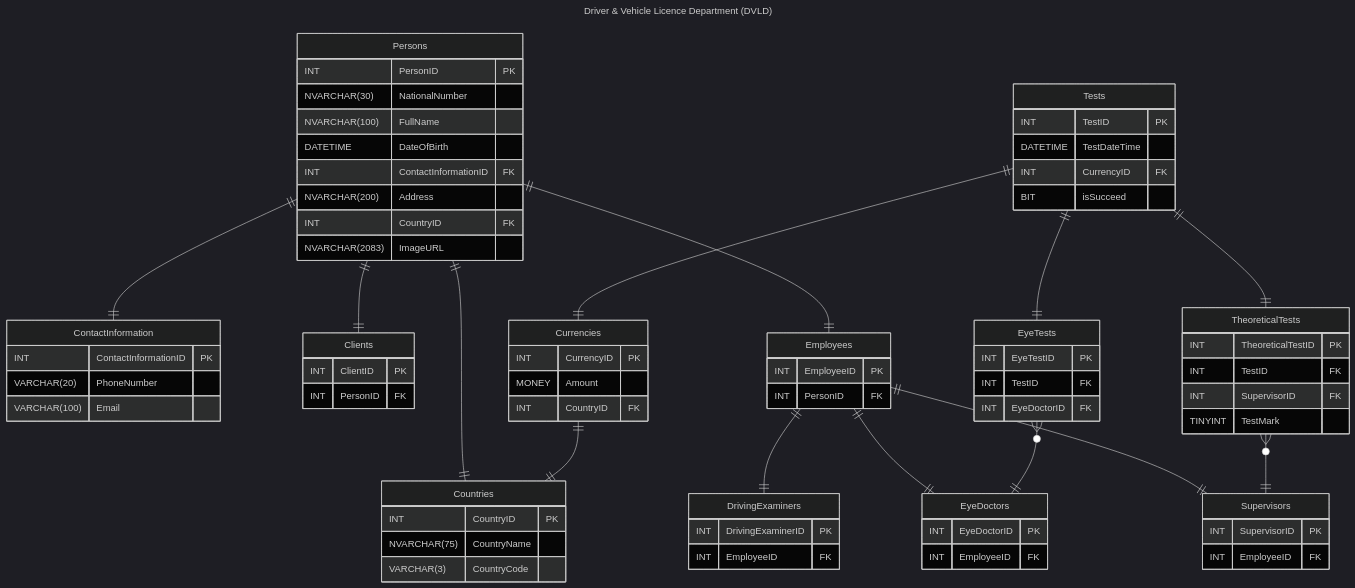
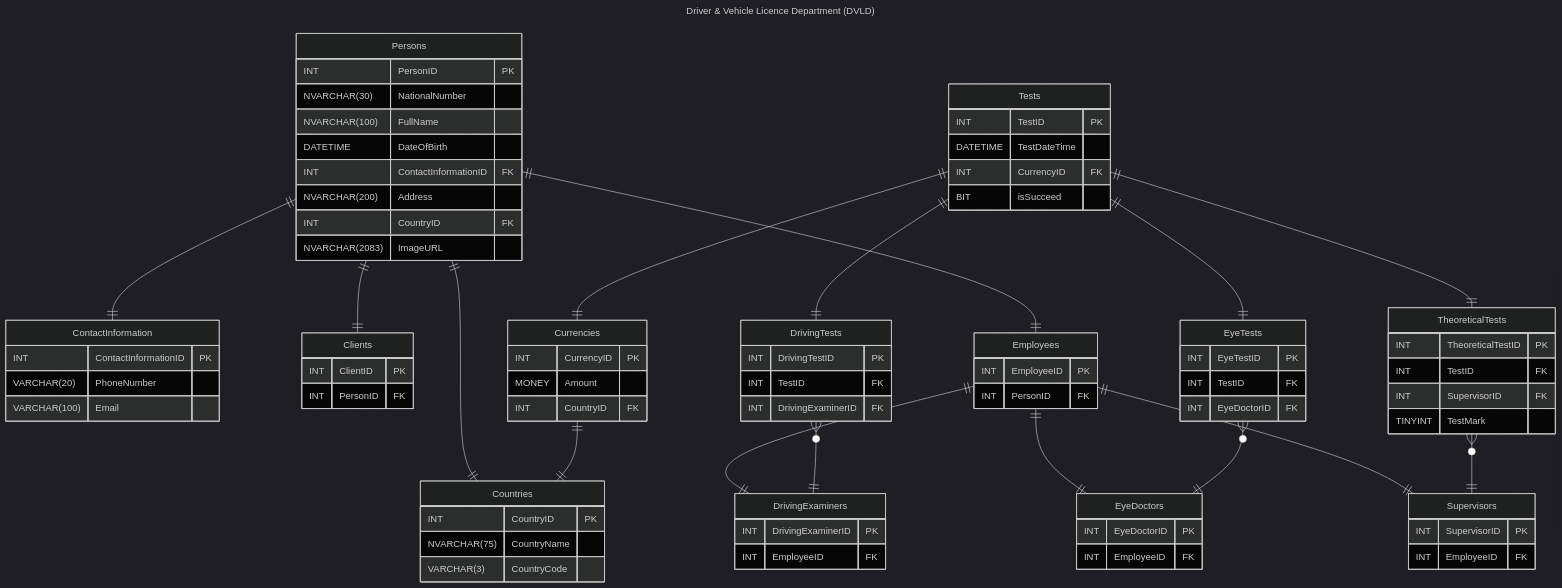
Before and after one commit to M4MD24/Full-Real-Project-by-Programming-Advices: the diagram in RelationalSchema/DriverAndVehicleLicensingDepartment.mmd, drawn with Mermaid (dark theme).

Commit message:
Create (DrivingTests) Tables and Set Relationships

```diff
--- a/RelationalSchema/DriverAndVehicleLicensingDepartment.mmd
+++ b/RelationalSchema/DriverAndVehicleLicensingDepartment.mmd
@@ -1,80 +1,87 @@
 ---
 title: Driver & Vehicle Licence Department (DVLD)
 ---
 erDiagram
     Persons {
         INT PersonID PK
         NVARCHAR(30) NationalNumber
         NVARCHAR(100) FullName
         DATETIME DateOfBirth
         INT ContactInformationID FK
         NVARCHAR(200) Address
         INT CountryID FK
         NVARCHAR(2083) ImageURL
     }
     Countries {
         INT CountryID PK
         NVARCHAR(75) CountryName
         VARCHAR(3) CountryCode
     }
     ContactInformation {
         INT ContactInformationID PK
         VARCHAR(20) PhoneNumber
         VARCHAR(100) Email
     }
     Clients {
         INT ClientID PK
         INT PersonID FK
     }
     Employees {
         INT EmployeeID PK
         INT PersonID FK
     }
     DrivingExaminers {
         INT DrivingExaminerID PK
         INT EmployeeID FK
     }
     EyeDoctors {
         INT EyeDoctorID PK
         INT EmployeeID FK
     }
     Supervisors {
         INT SupervisorID PK
         INT EmployeeID FK
     }
     Currencies {
         INT CurrencyID PK
         MONEY Amount
         INT CountryID FK
     }
     Tests {
         INT TestID PK
         DATETIME TestDateTime
         INT CurrencyID FK
         BIT isSucceed
     }
     EyeTests {
         INT EyeTestID PK
         INT TestID FK
         INT EyeDoctorID FK
     }
     TheoreticalTests {
         INT TheoreticalTestID PK
         INT TestID FK
         INT SupervisorID FK
         TINYINT TestMark
     }
+    DrivingTests {
+        INT DrivingTestID PK
+        INT TestID FK
+        INT DrivingExaminerID FK
+    }
 
     Persons ||--|| Countries: ""
     Persons ||--|| ContactInformation: ""
     Persons ||--|| Clients: ""
     Persons ||--|| Employees: ""
     Employees ||--|| DrivingExaminers: ""
     Employees ||--|| EyeDoctors: ""
     Employees ||--|| Supervisors: ""
     Tests ||--|| Currencies: ""
     Currencies ||--|| Countries: ""
     Tests ||--|| EyeTests: ""
     EyeTests }o--|| EyeDoctors: ""
     Tests ||--|| TheoreticalTests: ""
     TheoreticalTests }o--|| Supervisors: ""
+    Tests ||--|| DrivingTests: ""
+    DrivingTests }o--|| DrivingExaminers: ""
```
